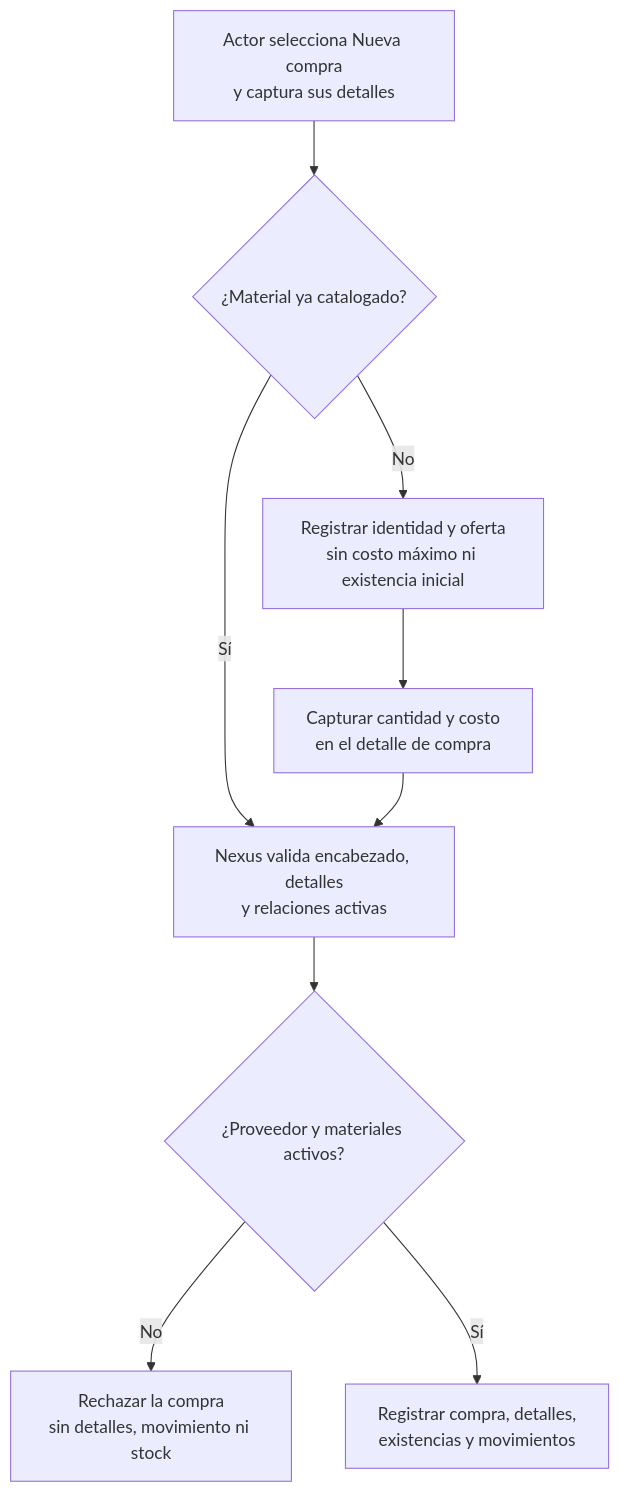
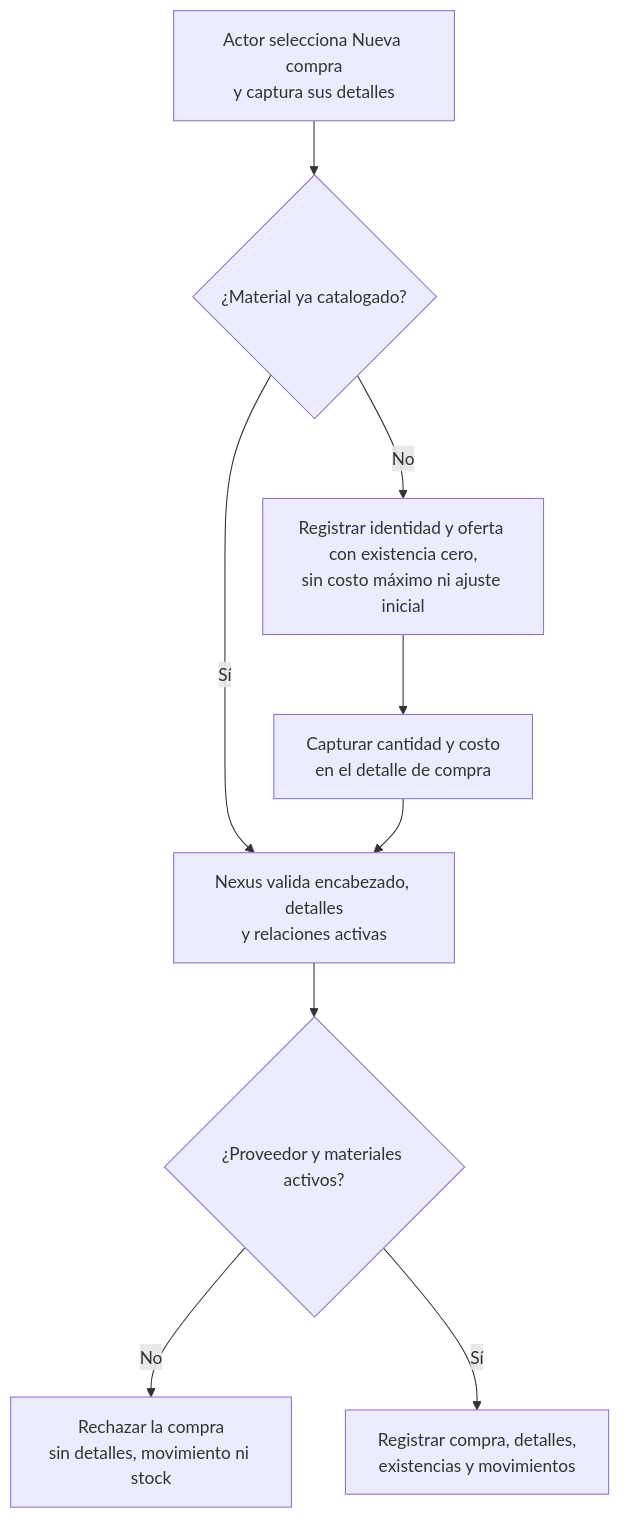
Before and after one commit to gpgsistemas01/nexus: the diagram in docs/requirements/diagrams/purchases/cu-ent-02.md, drawn with Mermaid. The commit also changed 18 other files, not shown here.

````diff
--- a/docs/requirements/diagrams/purchases/cu-ent-02.md
+++ b/docs/requirements/diagrams/purchases/cu-ent-02.md
@@ -3,12 +3,12 @@
 ```mermaid
 flowchart TD
     accTitle: CU-ENT-02 — Crear compra de material
     request["Actor selecciona Nueva compra<br/>y captura sus detalles"] --> catalogued{"¿Material ya catalogado?"}
-    catalogued -->|No| create["Registrar identidad y oferta<br/>sin costo máximo ni existencia inicial"]
+    catalogued -->|No| create["Registrar identidad y oferta con existencia cero,<br/>sin costo máximo ni ajuste inicial"]
     catalogued -->|Sí| validate
     create --> detail["Capturar cantidad y costo<br/>en el detalle de compra"]
     detail --> validate["Nexus valida encabezado, detalles<br/>y relaciones activas"]
     validate --> active{"¿Proveedor y materiales activos?"}
     active -->|No| reject["Rechazar la compra<br/>sin detalles, movimiento ni stock"]
     active -->|Sí| result["Registrar compra, detalles,<br/>existencias y movimientos"]
 ```
````
